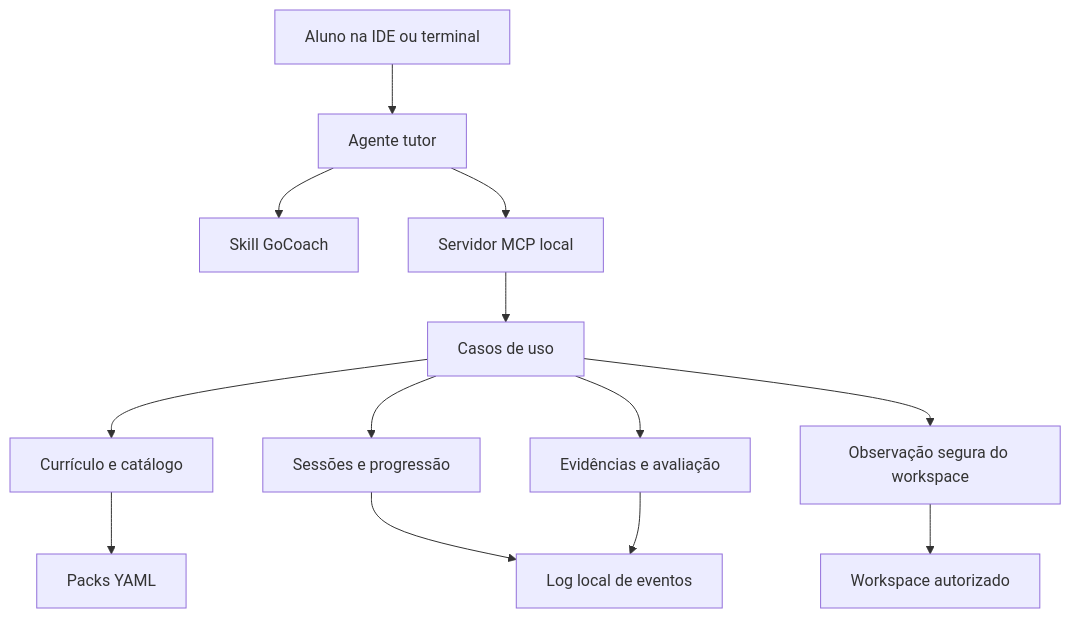
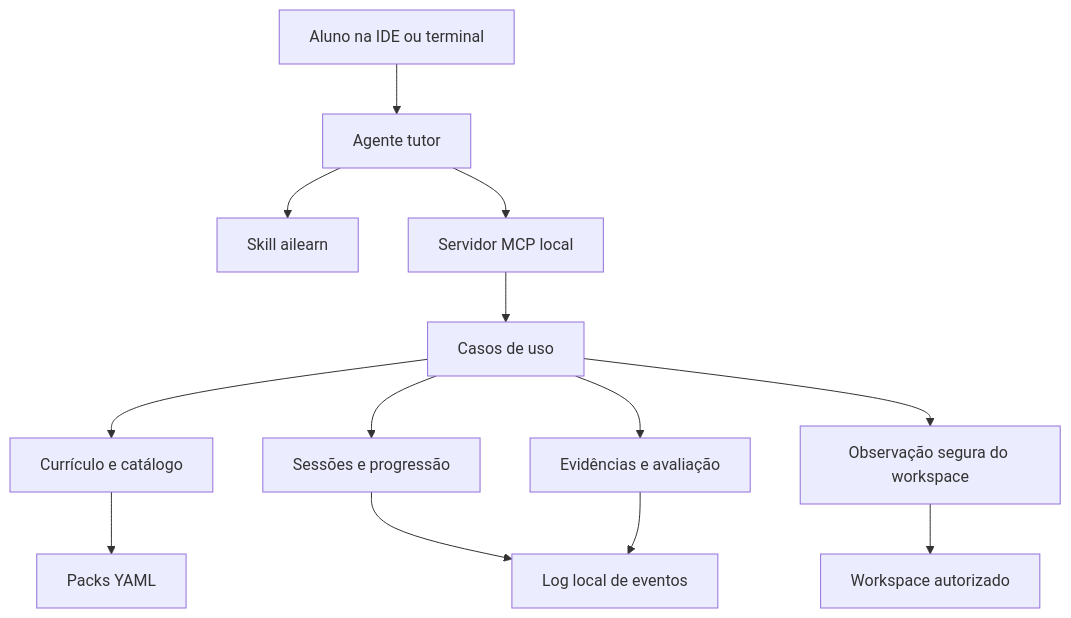
The second of 2 diagrams in PROJECT.md (oseiaspereira88/ai-code-micro-learning), drawn with Mermaid before and after one commit. The commit also changed other lines of this file and 76 other files, not shown here.

````diff
--- a/PROJECT.md
+++ b/PROJECT.md
@@ -576,15 +576,15 @@
 ```mermaid
 flowchart TD
     L[Aluno na IDE ou terminal] --> A[Agente tutor]
-    A --> S[Skill GoCoach]
+    A --> S[Skill ailearn]
     A --> M[Servidor MCP local]
     M --> APP[Casos de uso]
     APP --> CUR[Currículo e catálogo]
     APP --> SES[Sessões e progressão]
     APP --> EVA[Evidências e avaliação]
     APP --> WSP[Observação segura do workspace]
     CUR --> PACK[Packs YAML]
     SES --> LOG[Log local de eventos]
     EVA --> LOG
     WSP --> FS[Workspace autorizado]
 ```
````
